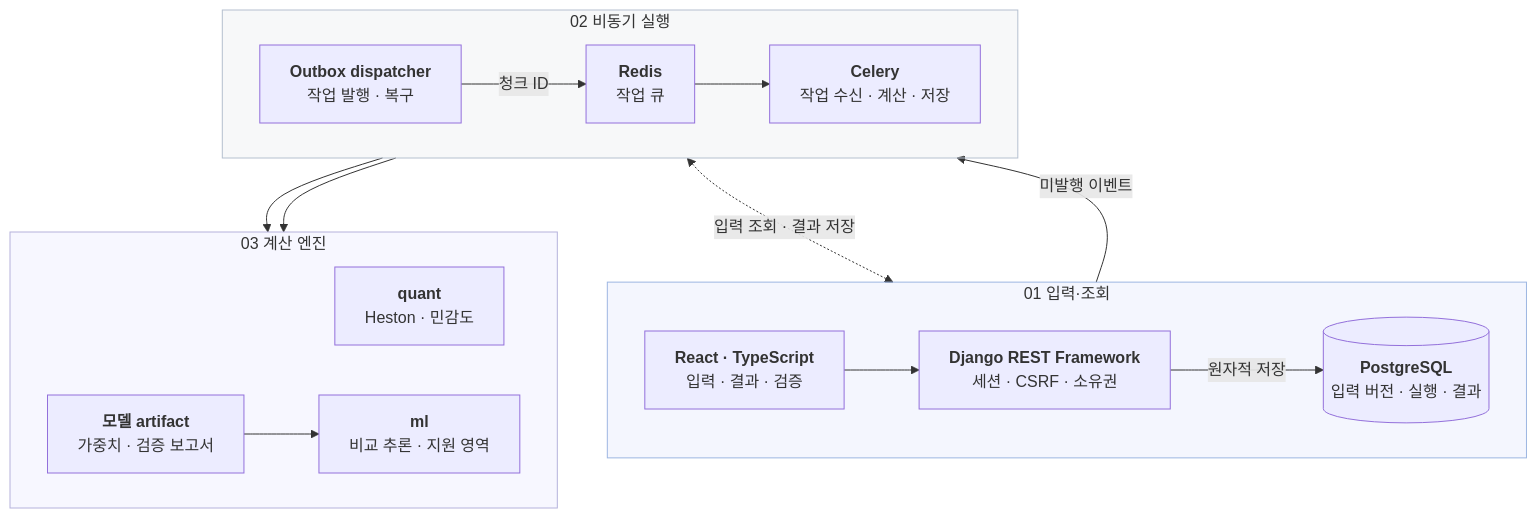
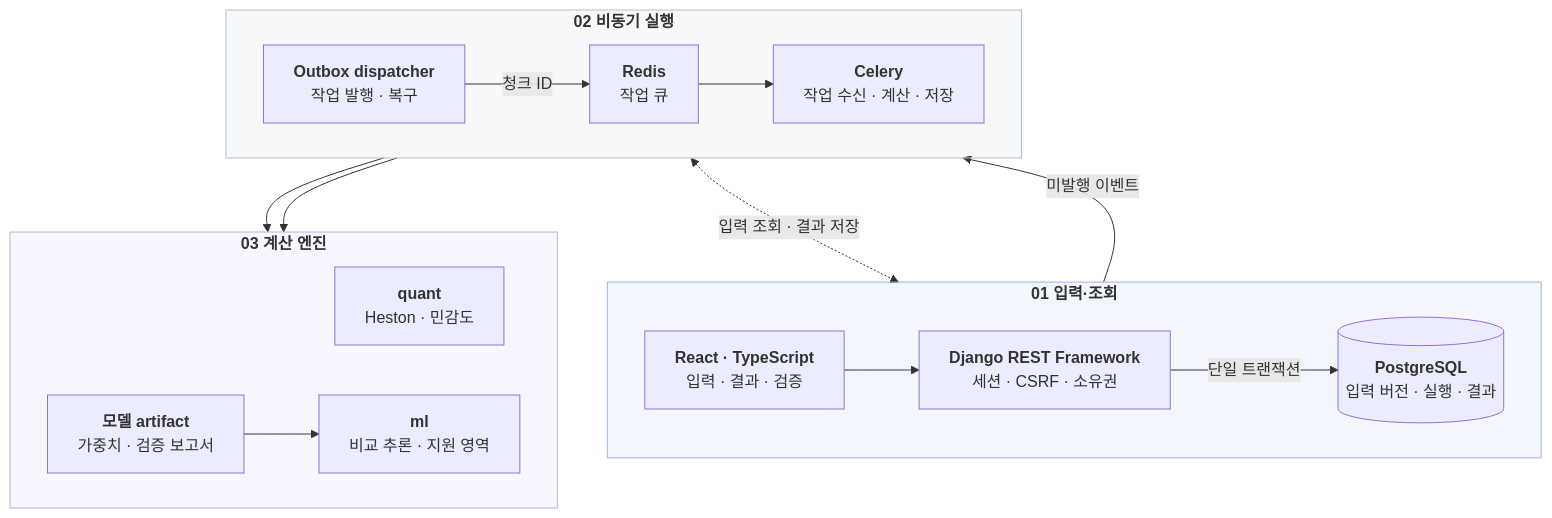
The diagram in README.md (limbj/option-risk-platform), drawn with Mermaid before and after one commit. The commit also changed other lines of this file, not shown here.

Commit message:
Clarify transaction wording and emphasize diagram sections

````diff
--- a/README.md
+++ b/README.md
@@ -49,28 +49,28 @@
 ```mermaid
 flowchart TB
-    subgraph HTTP["01 입력·조회"]
+    subgraph HTTP["<b>01 입력·조회</b>"]
         direction LR
         UI["<b>React · TypeScript</b><br/>입력 · 결과 · 검증"] --> API["<b>Django REST Framework</b><br/>세션 · CSRF · 소유권"]
-        API -->|원자적 저장| DB[("<b>PostgreSQL</b><br/>입력 버전 · 실행 · 결과")]
+        API -->|단일 트랜잭션| DB[("<b>PostgreSQL</b><br/>입력 버전 · 실행 · 결과")]
     end
-    subgraph JOBS["02 비동기 실행"]
+    subgraph JOBS["<b>02 비동기 실행</b>"]
         direction LR
         DIS["<b>Outbox dispatcher</b><br/>작업 발행 · 복구"] -->|청크 ID| RED["<b>Redis</b><br/>작업 큐"]
         RED --> WORK["<b>Celery</b><br/>작업 수신 · 계산 · 저장"]
     end
-    subgraph ENGINE["03 계산 엔진"]
+    subgraph ENGINE["<b>03 계산 엔진</b>"]
         direction LR
         QUANT["<b>quant</b><br/>Heston · 민감도"]
         ML["<b>ml</b><br/>비교 추론 · 지원 영역"]
         ART["<b>모델 artifact</b><br/>가중치 · 검증 보고서"] --> ML
     end
     DB -->|미발행 이벤트| DIS
     WORK <-.->|입력 조회 · 결과 저장| DB
     WORK --> QUANT
     WORK --> ML
     WORK ~~~ ART
 
     style HTTP fill:#315ae80d,stroke:#9db6e2
     style JOBS fill:#64748b0d,stroke:#b5c0cf
     style ENGINE fill:#6366f10d,stroke:#b5b2dc
 ```
````
